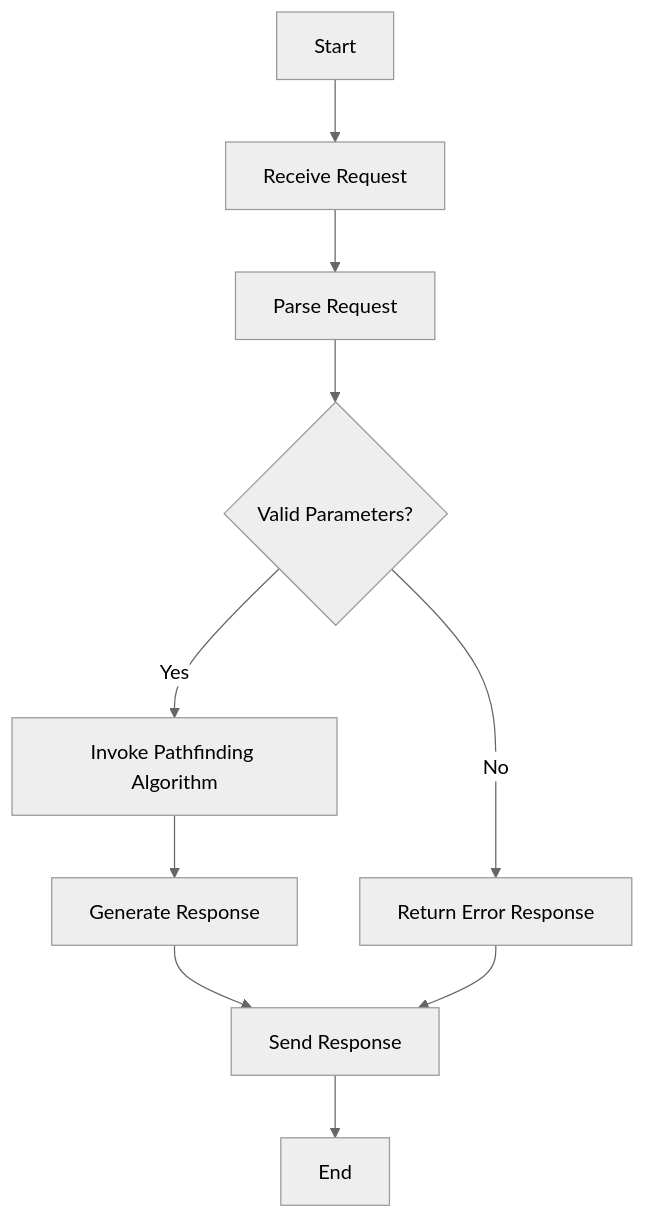
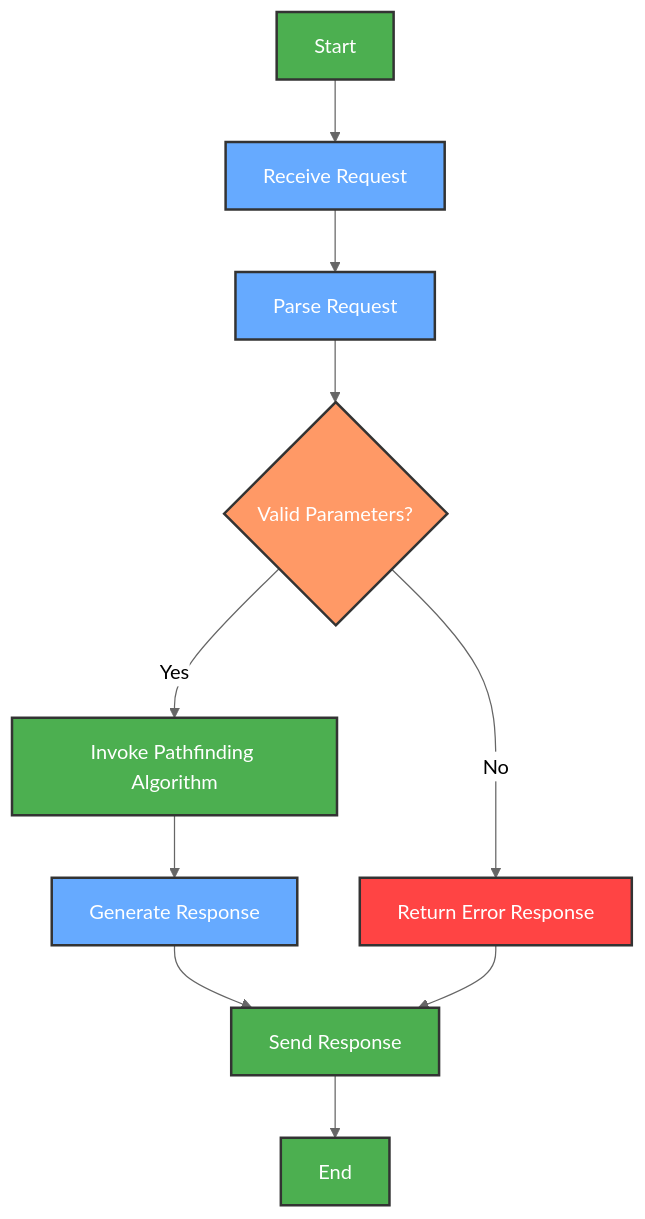
The sixth of 7 diagrams in technicalSpecifications/technicalSpecifications.md (algosup/2024-2025-project-3-quickest-path-team-4), drawn with Mermaid (neutral theme) before and after one commit. The commit also changed other lines of this file, not shown here.

````diff
--- a/technicalSpecifications/technicalSpecifications.md
+++ b/technicalSpecifications/technicalSpecifications.md
@@ -1415,12 +1441,22 @@
 ```mermaid
 flowchart TD
     A[Start] --> B[Receive Request]
     B --> C[Parse Request]
     C --> D{Valid Parameters?}
     D -- Yes --> E[Invoke Pathfinding Algorithm]
     D -- No --> F[Return Error Response]
     E --> G[Generate Response]
     G --> H[Send Response]
     F --> H
     H --> I[End]
+
+    style A fill:#4caf50,stroke:#333,stroke-width:2px,color:#fff,rounded
+    style B fill:#6af,stroke:#333,stroke-width:2px,color:#fff,rounded
+    style C fill:#6af,stroke:#333,stroke-width:2px,color:#fff,rounded
+    style D fill:#f96,stroke:#333,stroke-width:2px,color:#fff,rounded
+    style E fill:#4caf50,stroke:#333,stroke-width:2px,color:#fff,rounded
+    style F fill:#ff4444,stroke:#333,stroke-width:2px,color:#fff,rounded
+    style G fill:#6af,stroke:#333,stroke-width:2px,color:#fff,rounded
+    style H fill:#4caf50,stroke:#333,stroke-width:2px,color:#fff,rounded
+    style I fill:#4caf50,stroke:#333,stroke-width:2px,color:#fff,rounded
 ```
````
